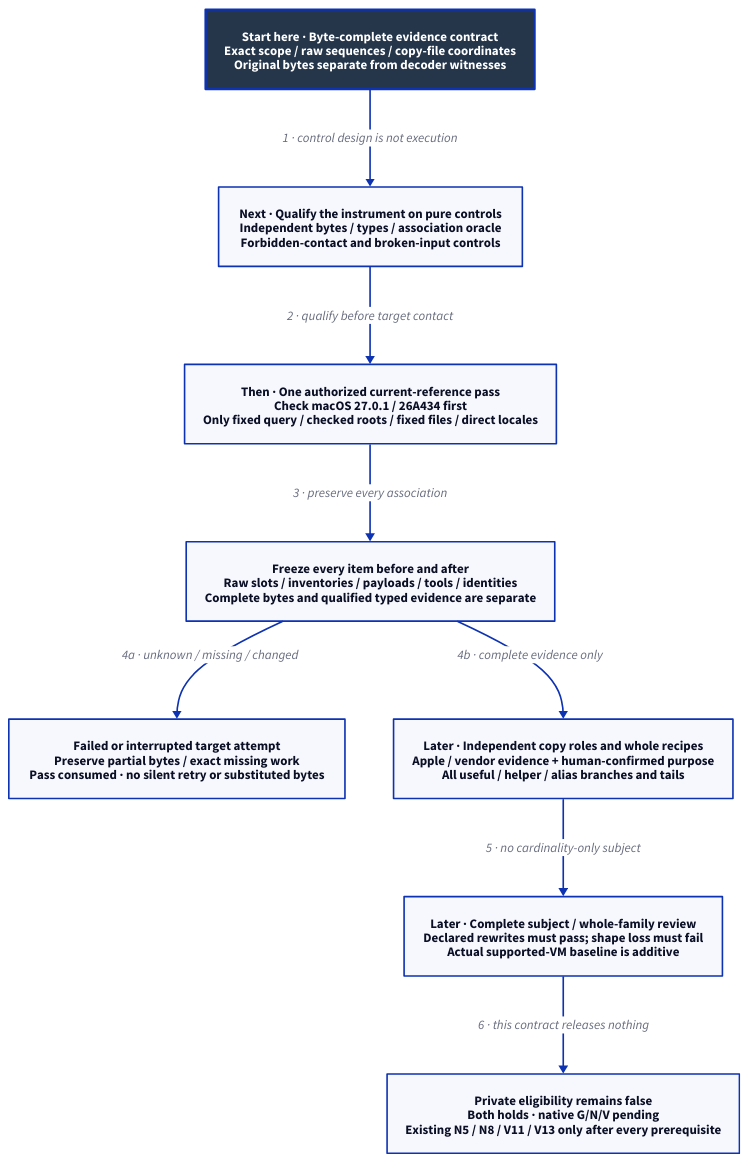
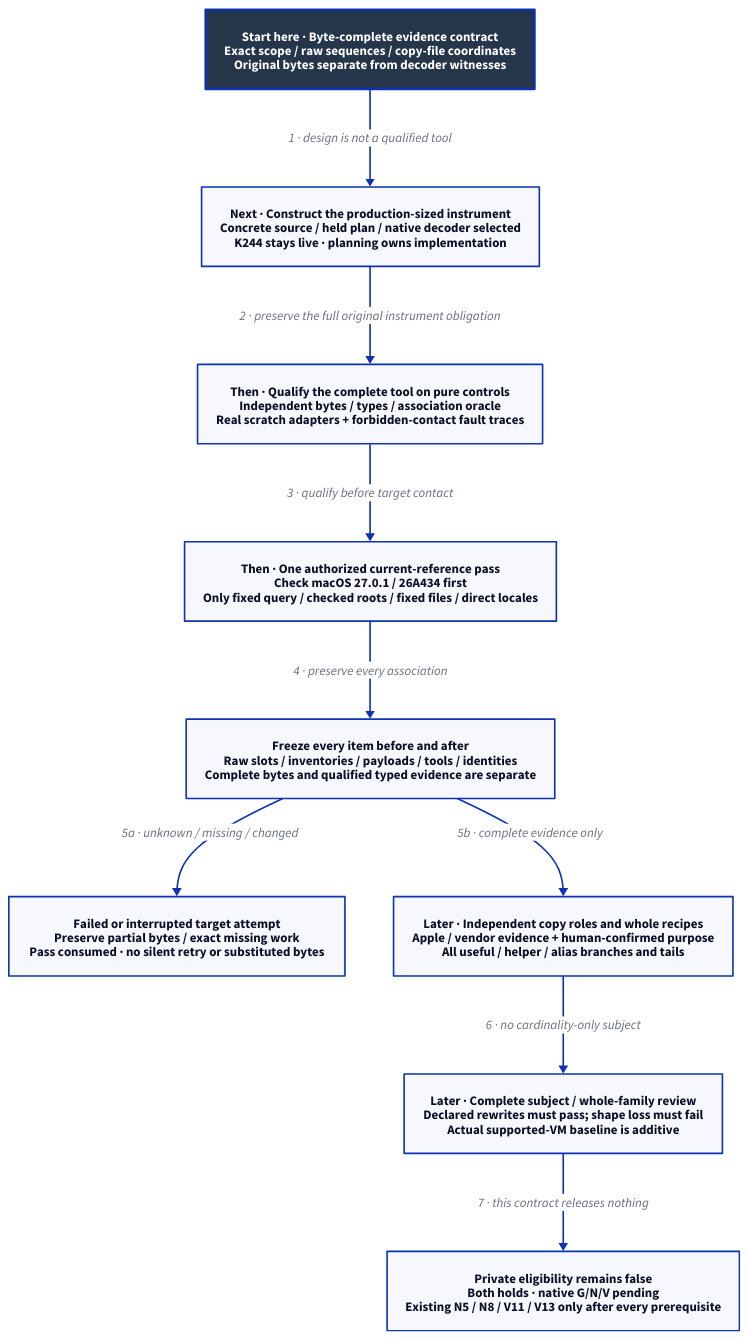
One commit to Linkuistics/Koine changed the diagram in docs/design/architecture/native-reference-evidence.d2. Above: the diagram before and after it, drawn with D2. The commit also changed 12 other files, not shown here.

Commit message:
Design closed reference instrument and hand off construction (reference-evidence-instrument-design-k248)

```diff
--- a/docs/design/architecture/native-reference-evidence.d2
+++ b/docs/design/architecture/native-reference-evidence.d2
@@ -1,20 +1,22 @@
-# Evidence contract design; all instrument, packaging and subject outcomes remain unestablished.
+# Concrete instrument design; construction/qualification and the target pass remain unexecuted.
 direction: down
 classes: {
   start: {style: {fill: "#25364B"; font-color: "#FFFFFF"; bold: true; stroke-width: 3}}
 }
 Start: "Start here · Byte-complete evidence contract\nExact scope / raw sequences / copy-file coordinates\nOriginal bytes separate from decoder witnesses" {class: start}
-Pure: "Next · Qualify the instrument on pure controls\nIndependent bytes / types / association oracle\nForbidden-contact and broken-input controls"
+Plan: "Next · Construct the production-sized instrument\nConcrete source / held plan / native decoder selected\nK244 stays live · planning owns implementation"
+Pure: "Then · Qualify the complete tool on pure controls\nIndependent bytes / types / association oracle\nReal scratch adapters + forbidden-contact fault traces"
 Pass: "Then · One authorized current-reference pass\nCheck macOS 27.0.1 / 26A434 first\nOnly fixed query / checked roots / fixed files / direct locales"
 Closure: "Freeze every item before and after\nRaw slots / inventories / payloads / tools / identities\nComplete bytes and qualified typed evidence are separate"
 Failed: "Failed or interrupted target attempt\nPreserve partial bytes / exact missing work\nPass consumed · no silent retry or substituted bytes"
 Roles: "Later · Independent copy roles and whole recipes\nApple / vendor evidence + human-confirmed purpose\nAll useful / helper / alias branches and tails"
 Review: "Later · Complete subject / whole-family review\nDeclared rewrites must pass; shape loss must fail\nActual supported-VM baseline is additive"
 Hold: "Private eligibility remains false\nBoth holds · native G/N/V pending\nExisting N5 / N8 / V11 / V13 only after every prerequisite"
-Start -> Pure: "1 · control design is not execution"
-Pure -> Pass: "2 · qualify before target contact"
-Pass -> Closure: "3 · preserve every association"
-Closure -> Failed: "4a · unknown / missing / changed"
-Closure -> Roles: "4b · complete evidence only"
-Roles -> Review: "5 · no cardinality-only subject"
-Review -> Hold: "6 · this contract releases nothing"
+Start -> Plan: "1 · design is not a qualified tool"
+Plan -> Pure: "2 · preserve the full original instrument obligation"
+Pure -> Pass: "3 · qualify before target contact"
+Pass -> Closure: "4 · preserve every association"
+Closure -> Failed: "5a · unknown / missing / changed"
+Closure -> Roles: "5b · complete evidence only"
+Roles -> Review: "6 · no cardinality-only subject"
+Review -> Hold: "7 · this contract releases nothing"
```
